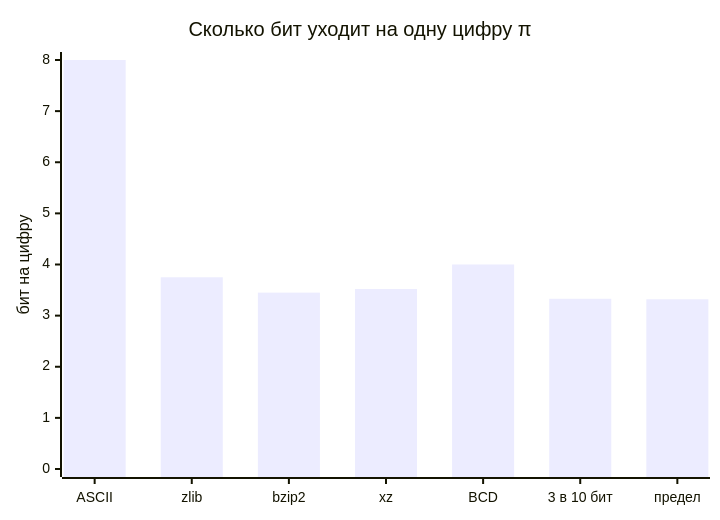
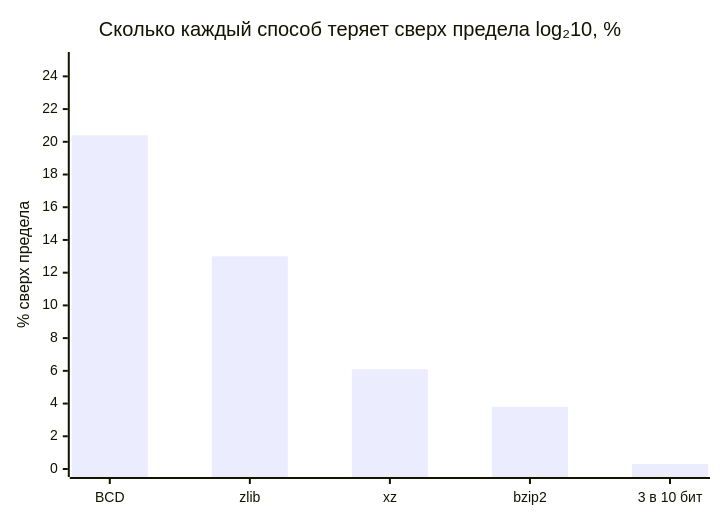
One commit to favorart/pi-birthday changed the third of 6 diagrams in article-2026.ru.md. Above: the diagram before and after it, drawn with Mermaid. The commit also changed other lines of this file and 10 other files, not shown here.

````diff
--- a/article-2026.ru.md
+++ b/article-2026.ru.md
@@ -85,7 +90,7 @@
 ```mermaid
 xychart-beta
-    title "Сколько бит уходит на одну цифру π"
-    x-axis ["ASCII", "zlib", "bzip2", "xz", "BCD", "3 в 10 бит", "предел"]
-    y-axis "бит на цифру" 0 --> 8
-    bar [8, 3.75, 3.45, 3.52, 4, 3.33, 3.32]
+    title "Сколько каждый способ теряет сверх предела log₂10, %"
+    x-axis ["BCD", "zlib", "xz", "bzip2", "3 в 10 бит"]
+    y-axis "% сверх предела" 0 --> 25
+    bar [20.4, 13.0, 6.1, 3.8, 0.3]
 ```
````
